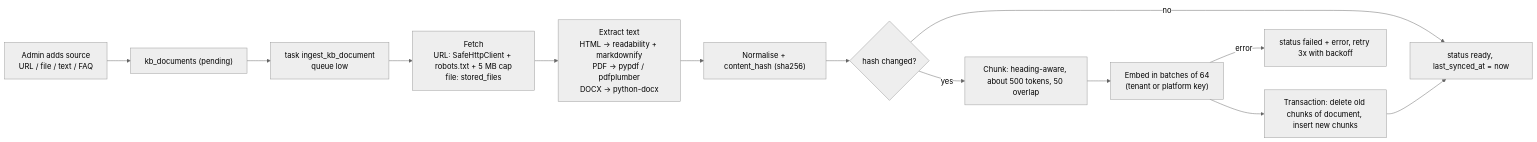
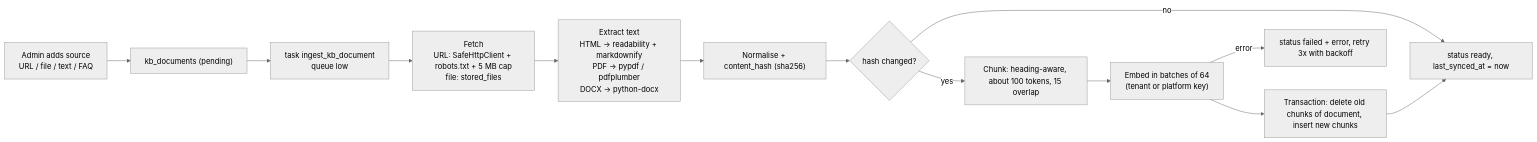
One commit to DhirajBashyal/shreechat-fastapi changed the diagram in docs/ai/RAG_ARCHITECTURE.md. Above: the diagram before and after it, drawn with Mermaid (neutral theme). The commit also changed other lines of this file and 148 other files, not shown here.

````diff
--- a/docs/ai/RAG_ARCHITECTURE.md
+++ b/docs/ai/RAG_ARCHITECTURE.md
@@ -13,15 +28,15 @@
 ```mermaid
 flowchart LR
     A["Admin adds source<br/>URL / file / text / FAQ"] --> B["kb_documents (pending)"]
     B --> C["task ingest_kb_document<br/>queue low"]
     C --> D["Fetch<br/>URL: SafeHttpClient + robots.txt + 5 MB cap<br/>file: stored_files"]
     D --> E["Extract text<br/>HTML → readability + markdownify<br/>PDF → pypdf / pdfplumber<br/>DOCX → python-docx"]
     E --> F["Normalise + content_hash (sha256)"]
     F --> G{"hash changed?"}
     G -- no --> H["status ready, last_synced_at = now"]
-    G -- yes --> I["Chunk: heading-aware, about 500 tokens, 50 overlap"]
+    G -- yes --> I["Chunk: heading-aware, about 100 tokens, 15 overlap"]
     I --> J["Embed in batches of 64<br/>(tenant or platform key)"]
     J --> K["Transaction: delete old chunks of document, insert new chunks"]
     K --> H
     J -- error --> X["status failed + error, retry 3x with backoff"]
 ```
````
